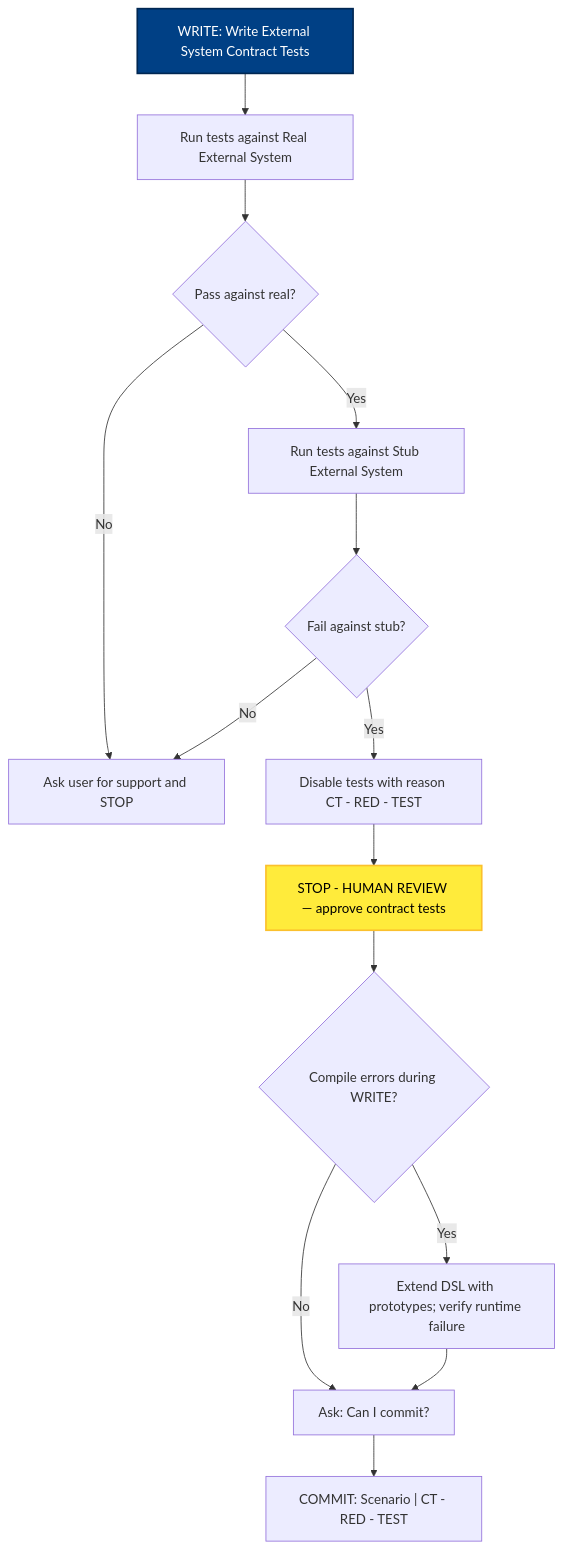
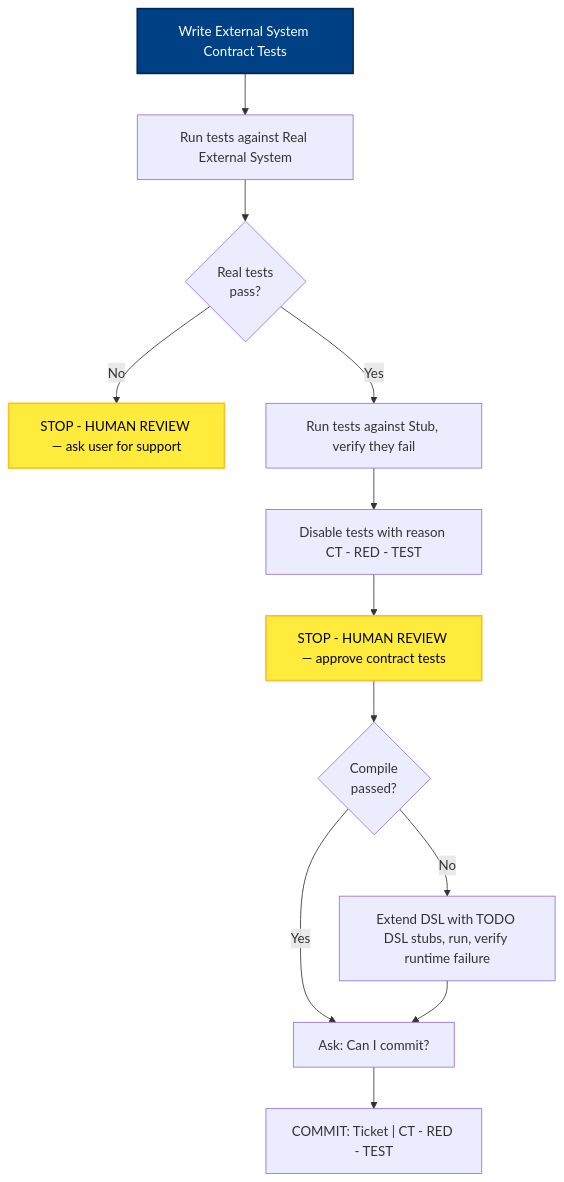
The fifth of 8 diagrams in docs/atdd/process/diagram-phase-details.md (optivem/starter), drawn with Mermaid before and after one commit. The commit also changed other lines of this file and 2 other files, not shown here.

````diff
--- a/docs/atdd/process/diagram-phase-details.md
+++ b/docs/atdd/process/diagram-phase-details.md
@@ -158,34 +154,31 @@
 ```mermaid
 flowchart TD
-    WRITE[WRITE: Write External System Contract Tests]
+    WRITE[Write External System Contract Tests]
     RUN_REAL[Run tests against Real External System]
-    REAL_OK{Pass against real?}
-    ASK_SUPPORT[Ask user for support and STOP]
-    RUN_STUB[Run tests against Stub External System]
-    STUB_FAIL{Fail against stub?}
-    DISABLE["Disable tests with reason CT - RED - TEST"]
-    STOP_WRITE["STOP - HUMAN REVIEW — approve contract tests"]
-    COMPILE_ERR{Compile errors during WRITE?}
-    EXTEND_DSL[Extend DSL with prototypes; verify runtime failure]
+    GATE_REAL{Real tests<br/>pass?}
+    ASK_SUPPORT[STOP - HUMAN REVIEW — ask user for support]
+    RUN_STUB[Run tests against Stub, verify they fail]
+    DISABLE[Disable tests with reason CT - RED - TEST]
+    STOP_WRITE[STOP - HUMAN REVIEW — approve contract tests]
+    GATE_COMPILE{Compile<br/>passed?}
+    EXTEND_DSL[Extend DSL with TODO DSL stubs, run, verify runtime failure]
     ASK_COMMIT["Ask: Can I commit?"]
-    COMMIT["COMMIT: Scenario | CT - RED - TEST"]
+    COMMIT["COMMIT: Ticket | CT - RED - TEST"]
 
     WRITE --> RUN_REAL
-    RUN_REAL --> REAL_OK
-    REAL_OK -->|No| ASK_SUPPORT
-    REAL_OK -->|Yes| RUN_STUB
-    RUN_STUB --> STUB_FAIL
-    STUB_FAIL -->|Yes| DISABLE
-    STUB_FAIL -->|No| ASK_SUPPORT
+    RUN_REAL --> GATE_REAL
+    GATE_REAL -- Yes --> RUN_STUB
+    GATE_REAL -- No --> ASK_SUPPORT
+    RUN_STUB --> DISABLE
     DISABLE --> STOP_WRITE
-    STOP_WRITE --> COMPILE_ERR
-    COMPILE_ERR -->|Yes| EXTEND_DSL
-    COMPILE_ERR -->|No| ASK_COMMIT
+    STOP_WRITE --> GATE_COMPILE
+    GATE_COMPILE -- Yes --> ASK_COMMIT
+    GATE_COMPILE -- No --> EXTEND_DSL
     EXTEND_DSL --> ASK_COMMIT
     ASK_COMMIT --> COMMIT
 
     classDef effortNode fill:#004085,stroke:#002752,stroke-width:2px,color:#ffffff
     class WRITE effortNode
     classDef humanReviewNode fill:#ffeb3b,stroke:#fbc02d,stroke-width:2px,color:#000
-    class STOP_WRITE humanReviewNode
+    class STOP_WRITE,ASK_SUPPORT humanReviewNode
 ```
````
